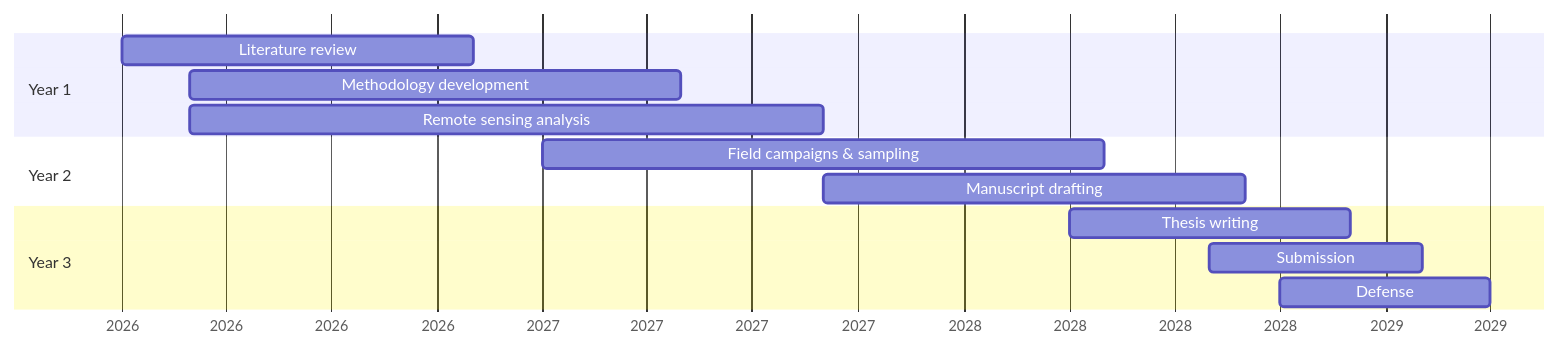
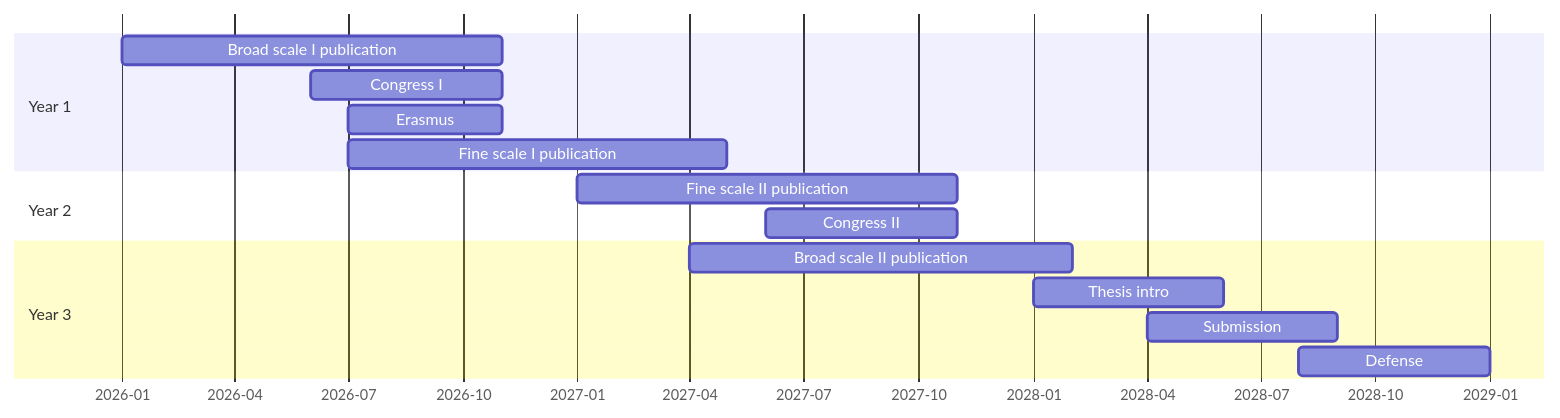
Before and after one commit to fer-at-sea/phd_research_plan: the diagram in index.qmd, drawn with Mermaid. The commit also changed other lines of this file and 3 other files, not shown here.

````diff
--- a/index.qmd
+++ b/index.qmd
@@ -176,18 +154,21 @@
 ```{mermaid}
 gantt
     dateFormat  YYYY-MM-DD
-    axisFormat  %Y
+    axisFormat  %Y-%m
     section Year 1
-    Literature review           :a1, 2026-01-01, 10M
-    Methodology development     :b2, 2026-03-01, 14M
-    Remote sensing analysis     :b1, 2026-03-01, 18M
+    Broad scale I publication           :a1, 2026-01-01, 10M
+    Congress I:             :a2, 2026-06-01, 5M
+    Erasmus                 :a3, 2026-07-01, 4M
+    Fine scale I  publication          :a4, 2026-07-01, 10M
+    
     
     section Year 2
-    Field campaigns & sampling  :a2, 2027-01-01, 16M
-    Manuscript drafting         :c2, 2027-09-01, 12M
+    Fine scale II publication          :b1, 2027-01-01, 10M
+    Congress II:            :b2, 2027-06-01, 5M
     
     section Year 3
-    Thesis writing              :d1, 2028-04-01, 8M
-    Submission                  :d2, 2028-08-01, 6M
-    Defense                     :d3, 2028-10-01, 6M
+    Broad scale II publication         :d0, 2027-04-01, 10M
+    Thesis intro           :d1, 2028-01-01, 5M
+    Submission              :d2, 2028-04-01, 5M
+    Defense                 :d4, 2028-08-01, 5M
 ```
````
